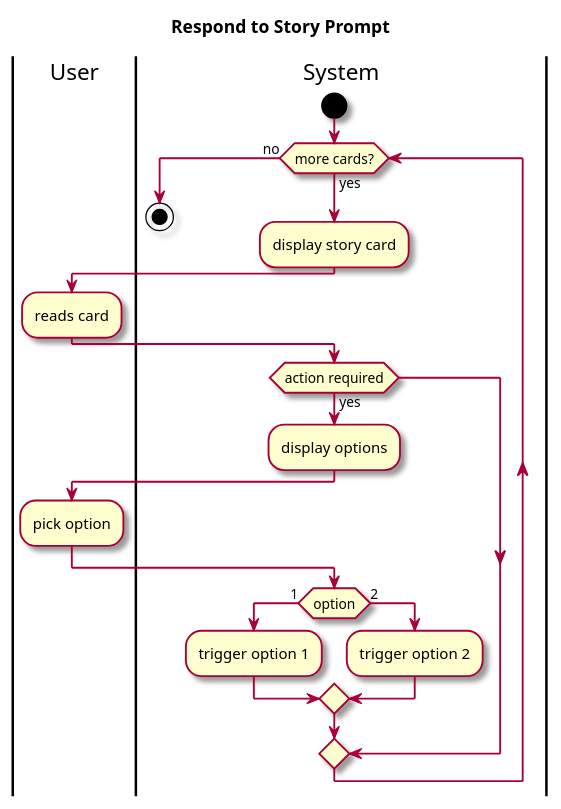
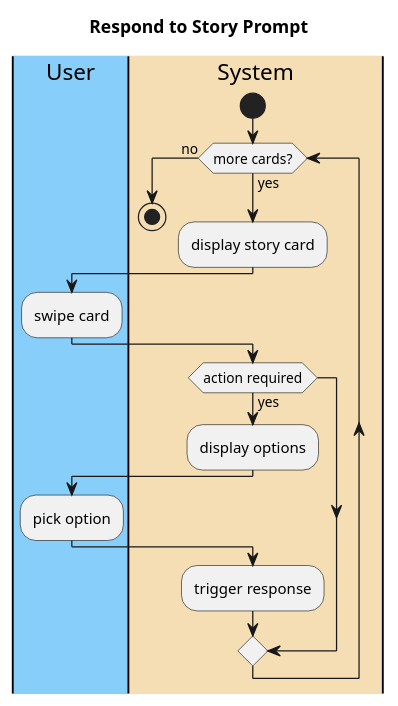
Before and after one commit to emutchek/MaraudersAtSea: the diagram in CMPU_203_PirateGame/doc/use-cases/Respond_To_Story_Pop_Up.md, drawn with PlantUML. The commit also changed other lines of this file and 3 other files, not shown here.

````diff
--- a/CMPU_203_PirateGame/doc/use-cases/Respond_To_Story_Pop_Up.md
+++ b/CMPU_203_PirateGame/doc/use-cases/Respond_To_Story_Pop_Up.md
@@ -31,31 +30,27 @@
 ```PlantUML
 @startuml
-skin rose
 title Respond to Story Prompt
-|User|
-|System|
+|#LightSkyBlue|User|
+|#Wheat|System|
 
 |System|
 start
 while (more cards?) is (yes)
     :display story card;
     |User|
-    :reads card;
+    :swipe card;
 
 |System|
 if (action required) then (yes)
     :display options;
     |User|
     :pick option;
 
 |System|
-if (option) then (1)
-    :trigger option 1;
-else (2)
-    :trigger option 2;
-endif
+:trigger response;
+
 endif
 endwhile (no)
 stop
 @enduml
 ```
````
